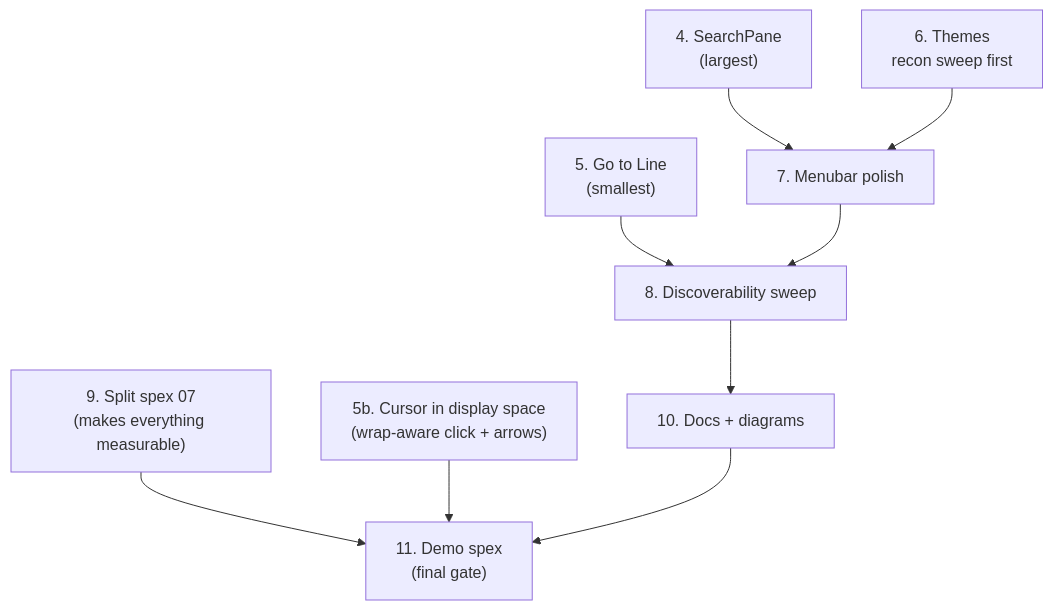
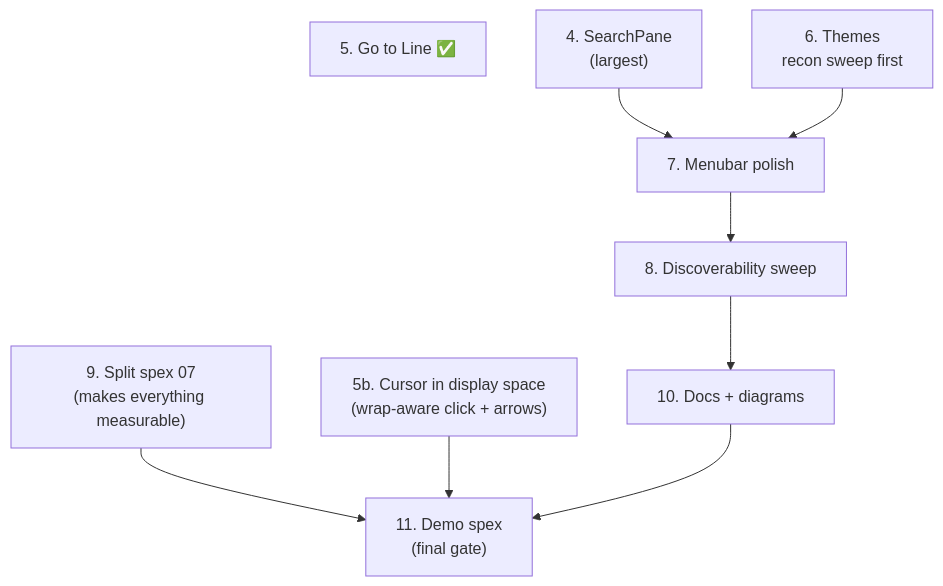
Before and after one commit to JediLuke/quillex: the first of 2 diagrams in docs/ROADMAP_1.0.md, drawn with Mermaid. The commit also changed other lines of this file and 7 other files, not shown here.

````diff
--- a/docs/ROADMAP_1.0.md
+++ b/docs/ROADMAP_1.0.md
@@ -595,11 +619,11 @@
 ```mermaid
 flowchart TB
+    S5["5. Go to Line ✅"]
     S9["9. Split spex 07<br/>(makes everything measurable)"] --> S11
     S4["4. SearchPane<br/>(largest)"] --> S7["7. Menubar polish"]
-    S5["5. Go to Line<br/>(smallest)"] --> S8
     S5b["5b. Cursor in display space<br/>(wrap-aware click + arrows)"] --> S11
     S6["6. Themes<br/>recon sweep first"] --> S7
     S7 --> S8["8. Discoverability sweep"]
     S8 --> S10["10. Docs + diagrams"]
     S10 --> S11["11. Demo spex<br/>(final gate)"]
 ```
````
